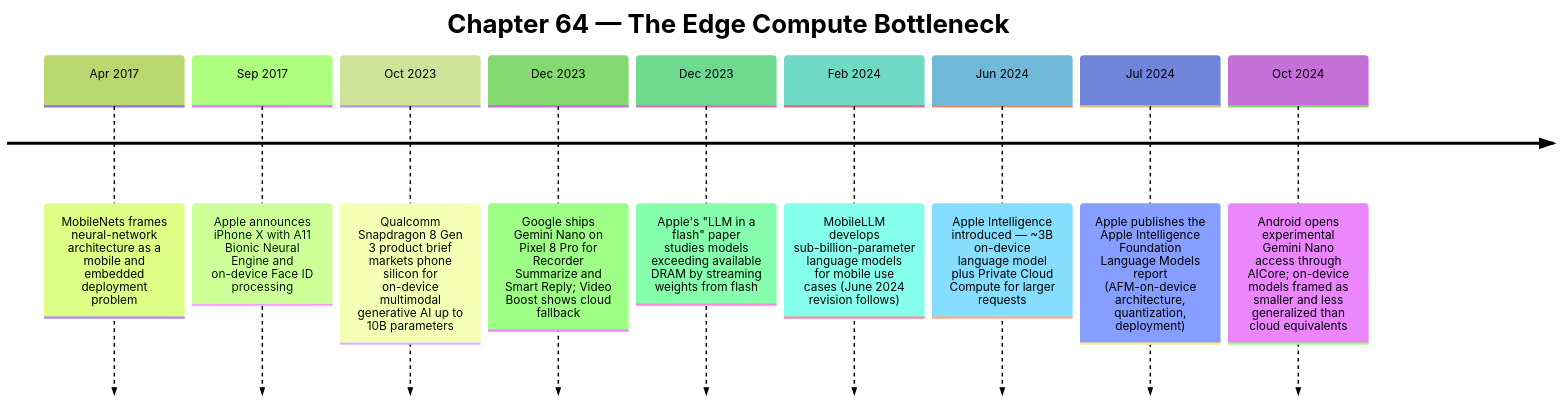
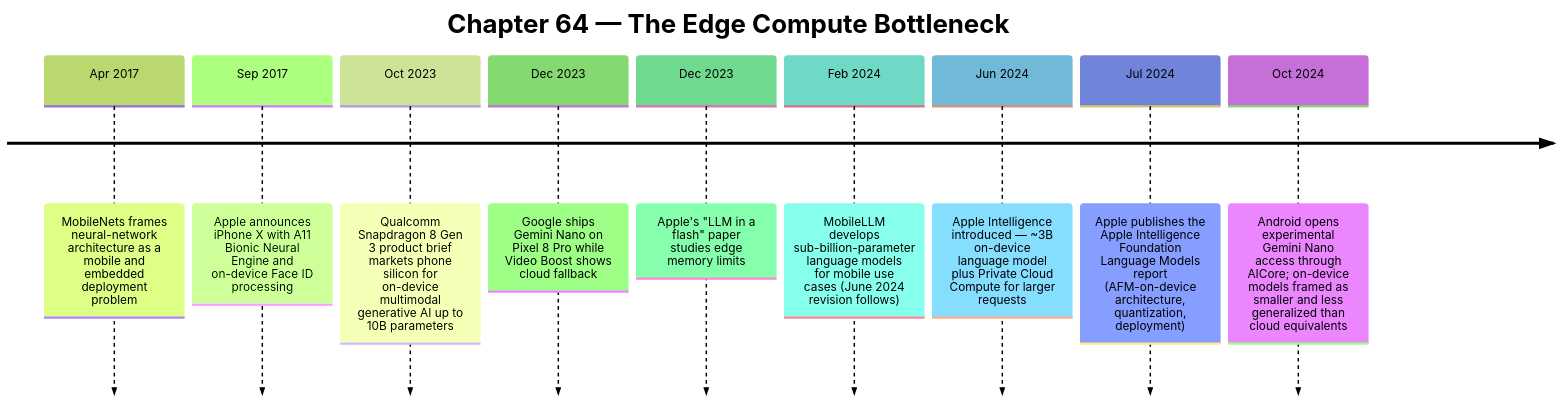
Before and after one commit to krisztiankoos/kubedojo: the diagram in src/content/docs/ai-history/ch-64-the-edge-compute-bottleneck.md, drawn with Mermaid (forest theme). The commit also changed other lines of this file and 2 other files, not shown here.

````diff
--- a/src/content/docs/ai-history/ch-64-the-edge-compute-bottleneck.md
+++ b/src/content/docs/ai-history/ch-64-the-edge-compute-bottleneck.md
@@ -29,13 +29,13 @@
 ```mermaid
 timeline
     title Chapter 64 — The Edge Compute Bottleneck
     Apr 2017 : MobileNets frames neural-network architecture as a mobile and embedded deployment problem
     Sep 2017 : Apple announces iPhone X with A11 Bionic Neural Engine and on-device Face ID processing
     Oct 2023 : Qualcomm Snapdragon 8 Gen 3 product brief markets phone silicon for on-device multimodal generative AI up to 10B parameters
-    Dec 2023 : Google ships Gemini Nano on Pixel 8 Pro for Recorder Summarize and Smart Reply; Video Boost shows cloud fallback
-    Dec 2023 : Apple's "LLM in a flash" paper studies models exceeding available DRAM by streaming weights from flash
+    Dec 2023 : Google ships Gemini Nano on Pixel 8 Pro while Video Boost shows cloud fallback
+    Dec 2023 : Apple's "LLM in a flash" paper studies edge memory limits
     Feb 2024 : MobileLLM develops sub-billion-parameter language models for mobile use cases (June 2024 revision follows)
     Jun 2024 : Apple Intelligence introduced — ~3B on-device language model plus Private Cloud Compute for larger requests
     Jul 2024 : Apple publishes the Apple Intelligence Foundation Language Models report (AFM-on-device architecture, quantization, deployment)
     Oct 2024 : Android opens experimental Gemini Nano access through AICore; on-device models framed as smaller and less generalized than cloud equivalents
 ```
````
